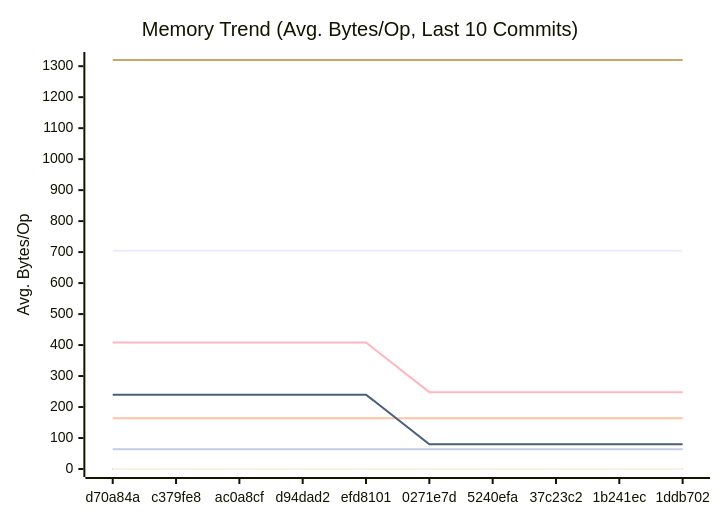
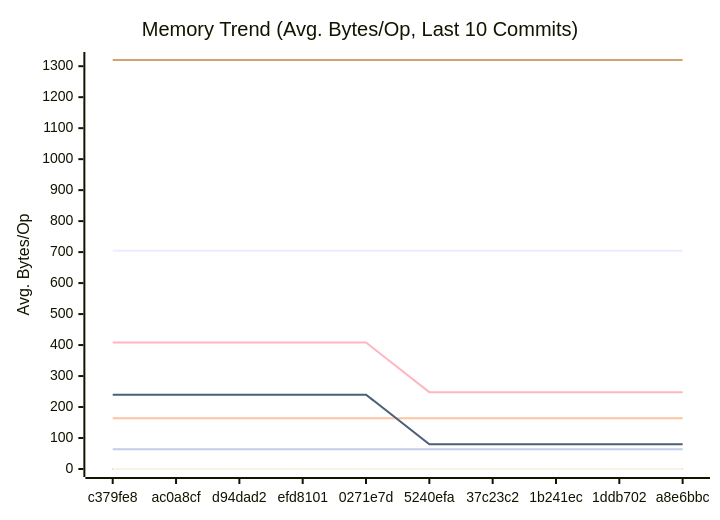
One commit to alsotoes/momo changed the second of 3 diagrams in docs/PERFORMANCE.md. Above: the diagram before and after it, drawn with Mermaid. The commit also changed other lines of this file and 3 other files, not shown here.

````diff
--- a/docs/PERFORMANCE.md
+++ b/docs/PERFORMANCE.md
@@ -152,18 +152,18 @@
 ```mermaid
 xychart-beta
     title "Memory Trend (Avg. Bytes/Op, Last 10 Commits)"
     x-axis "Commit"
     y-axis "Avg. Bytes/Op"
-    x-axis [d70a84a,c379fe8,ac0a8cf,d94dad2,efd8101,0271e7d,5240efa,37c23c2,1b241ec,1ddb702]
+    x-axis [c379fe8,ac0a8cf,d94dad2,efd8101,0271e7d,5240efa,37c23c2,1b241ec,1ddb702,a8e6bbc]
     line "CheckMetricsAndSwap" [0,0,0,0,0,0,0,0,0,0]
     line "CrushOptimized" [0,0,0,0,0,0,0,0,0,0]
     line "CrushOriginal" [164,164,164,164,164,164,164,164,164,164]
     line "IndexDirectTracking" [0,0,0,0,0,0,0,0,0,0]
     line "IndexSearch" [0,0,0,0,0,0,0,0,0,0]
     line "LoadGlobalConfig" [1320,1320,1320,1320,1320,1320,1320,1320,1320,1320]
     line "PadString" [64,64,64,64,64,64,64,64,64,64]
     line "ParseReplicationOrder_NoPrealloc" [408,408,408,408,408,248,248,248,248,248]
     line "ParseReplicationOrder_Prealloc" [240,240,240,240,240,80,80,80,80,80]
     line "SanitizeLog/Safe" [0,0,0,0,0,0,0,0,0,0]
     line "SanitizeLog/Unsafe" [704,704,704,704,704,704,704,704,704,704]
 ```
````
